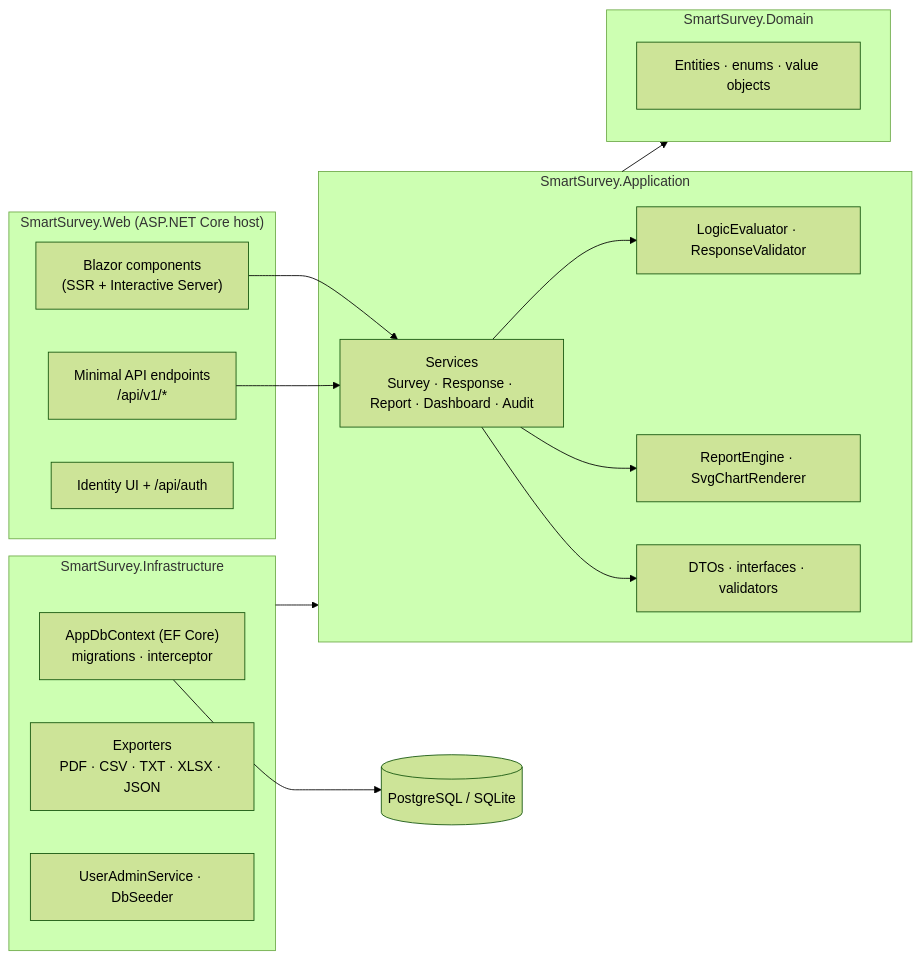
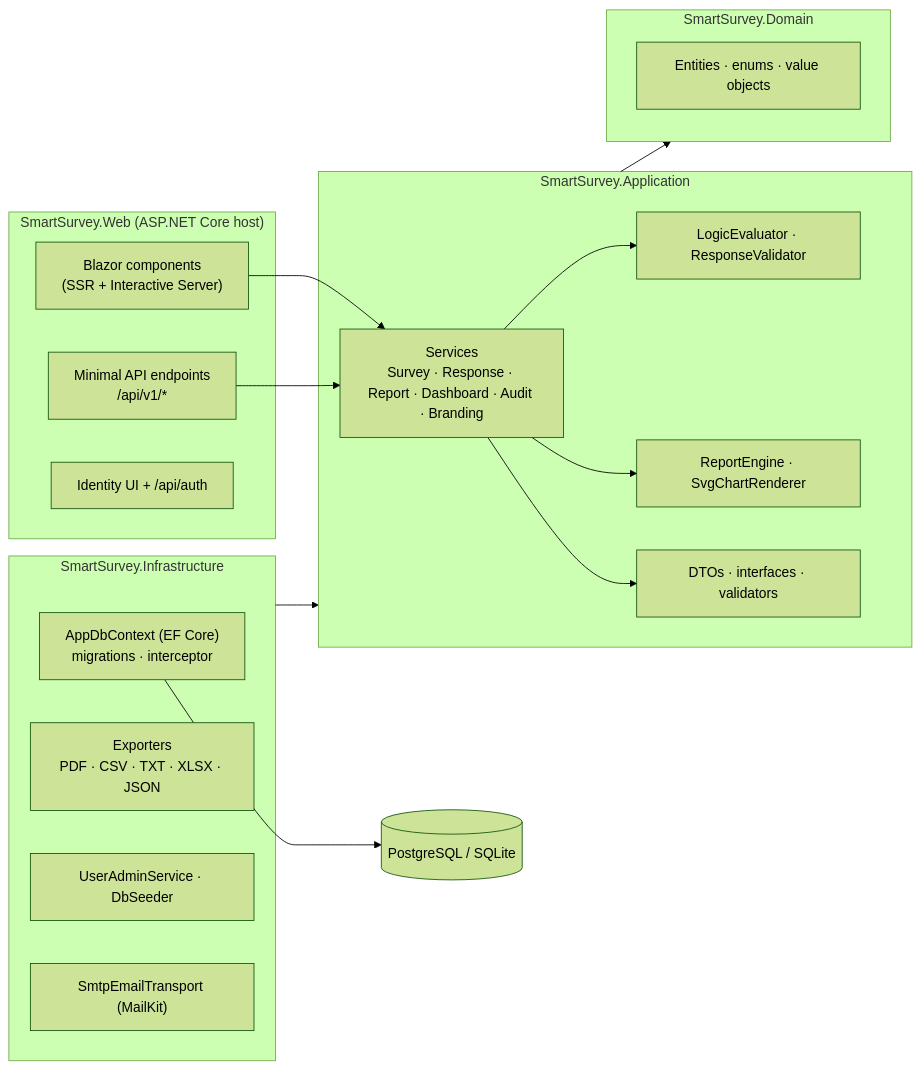
The first of 2 diagrams in docs/DOCUMENTATION.md (supunsarachitha/SmartSurvay), drawn with Mermaid (forest theme) before and after one commit. The commit also changed other lines of this file and 6 other files, not shown here.

````diff
--- a/docs/DOCUMENTATION.md
+++ b/docs/DOCUMENTATION.md
@@ -152,30 +162,31 @@
 ```mermaid
 flowchart LR
     subgraph Web["SmartSurvey.Web (ASP.NET Core host)"]
         UI["Blazor components<br/>(SSR + Interactive Server)"]
         API["Minimal API endpoints<br/>/api/v1/*"]
         ID["Identity UI + /api/auth"]
     end
     subgraph App["SmartSurvey.Application"]
-        SVC["Services<br/>Survey · Response · Report · Dashboard · Audit"]
+        SVC["Services<br/>Survey · Response · Report · Dashboard · Audit · Branding"]
         LOGIC["LogicEvaluator · ResponseValidator"]
         ENG["ReportEngine · SvgChartRenderer"]
         CONTRACTS["DTOs · interfaces · validators"]
     end
     subgraph Infra["SmartSurvey.Infrastructure"]
         DB["AppDbContext (EF Core)<br/>migrations · interceptor"]
         EXP["Exporters<br/>PDF · CSV · TXT · XLSX · JSON"]
         USR["UserAdminService · DbSeeder"]
+        MAIL["SmtpEmailTransport (MailKit)"]
     end
     subgraph Domain["SmartSurvey.Domain"]
         ENT["Entities · enums · value objects"]
     end
     UI --> SVC
     API --> SVC
     SVC --> CONTRACTS
     SVC --> LOGIC
     SVC --> ENG
     Infra --> App
     App --> Domain
     DB --> PG[(PostgreSQL / SQLite)]
 ```
````
